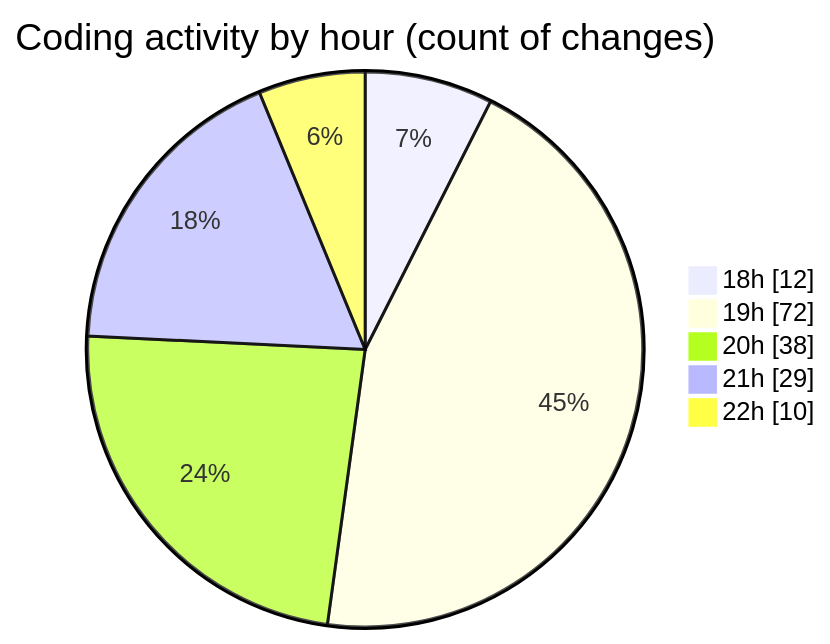
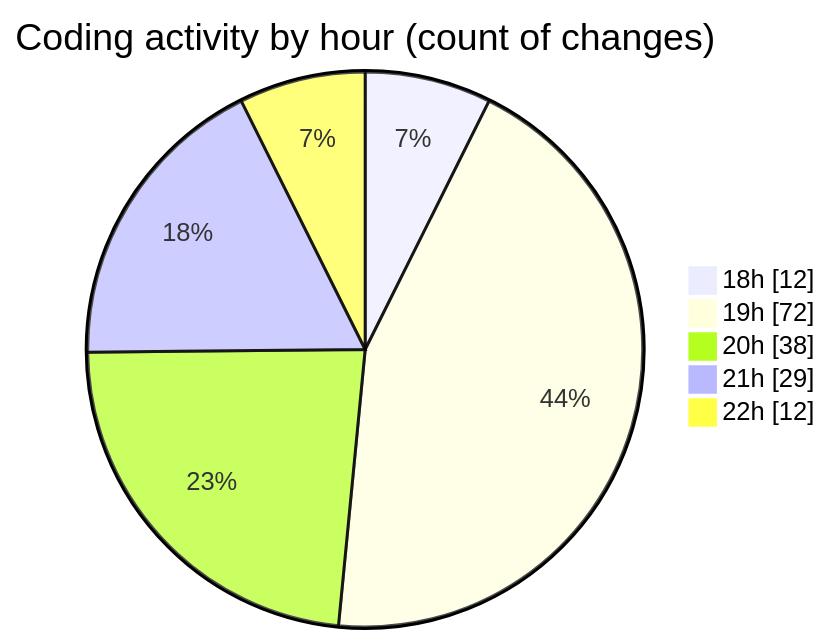
One commit to MatusMokan/code-tracking changed the second of 2 diagrams in 2025-03-14/myws__workspace_/README.md. Above: the diagram before and after it, drawn with Mermaid. The commit also changed other lines of this file and 1 other file, not shown here.

````diff
--- a/2025-03-14/myws__workspace_/README.md
+++ b/2025-03-14/myws__workspace_/README.md
@@ -31,9 +31,9 @@
 ```mermaid
 pie showData
 title Coding activity by hour (count of changes)
 "18h" : 12
 "19h" : 72
 "20h" : 38
 "21h" : 29
-"22h" : 10
+"22h" : 12
 ```
````
